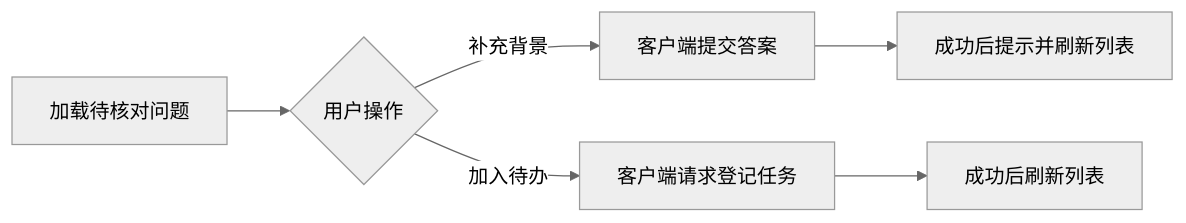
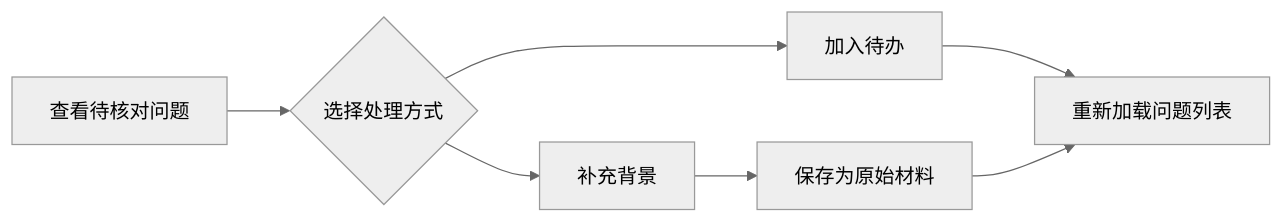
Before and after one commit to lejunyang/omem: the diagram in .repo-review/knowledge/articles/f4d91c0fd0d63cdb588890f7447efee2eadb74cc81681d48a0aabe081f7ca228.md, drawn with Mermaid (neutral theme). The commit also changed other lines of this file and 97 other files, not shown here.

````diff
--- a/.repo-review/knowledge/articles/f4d91c0fd0d63cdb588890f7447efee2eadb74cc81681d48a0aabe081f7ca228.md
+++ b/.repo-review/knowledge/articles/f4d91c0fd0d63cdb588890f7447efee2eadb74cc81681d48a0aabe081f7ca228.md
@@ -19,8 +17,9 @@
 ```mermaid
 flowchart LR
-  A[加载待核对问题] --> B{用户操作}
-  B -->|补充背景| C[客户端提交答案]
-  C --> D[成功后提示并刷新列表]
-  B -->|加入待办| E[客户端请求登记任务]
-  E --> F[成功后刷新列表]
+  A[查看待核对问题] --> B{选择处理方式}
+  B --> C[补充背景]
+  B --> D[加入待办]
+  C --> E[保存为原始材料]
+  D --> F[重新加载问题列表]
+  E --> F
 ```
````
